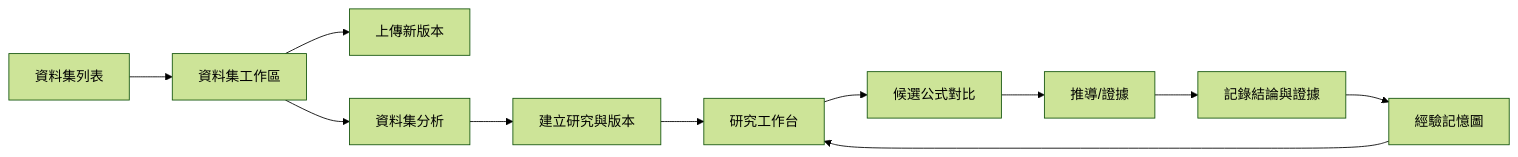
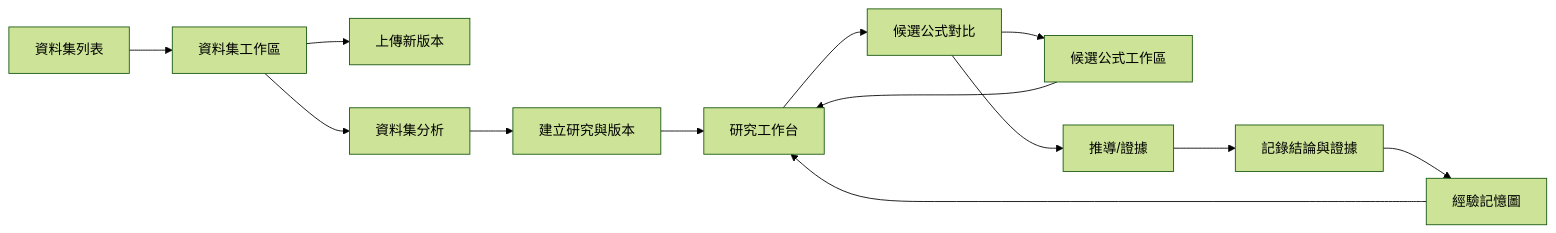
The second of 2 diagrams in docs/企劃案/08-前端UX/24-畫面線框與互動流程.md (lovenovel0618/AXIOM), drawn with Mermaid (forest theme) before and after one commit. The commit also changed other lines of this file and 10 other files, not shown here.

````diff
--- a/docs/企劃案/08-前端UX/24-畫面線框與互動流程.md
+++ b/docs/企劃案/08-前端UX/24-畫面線框與互動流程.md
@@ -89,15 +89,17 @@
 ```mermaid
 
 flowchart LR
  A[資料集列表] --> A2[資料集工作區]
  A2 --> B[上傳新版本]
  A2 --> C[資料集分析]
  C --> D[建立研究與版本]
  D --> E[研究工作台]
  E --> F[候選公式對比]
+ F --> F2[候選公式工作區]
+ F2 --> E
  F --> G[推導/證據]
  G --> H[記錄結論與證據]
  H --> I[經驗記憶圖]
  I --> E
 
 ```
````
